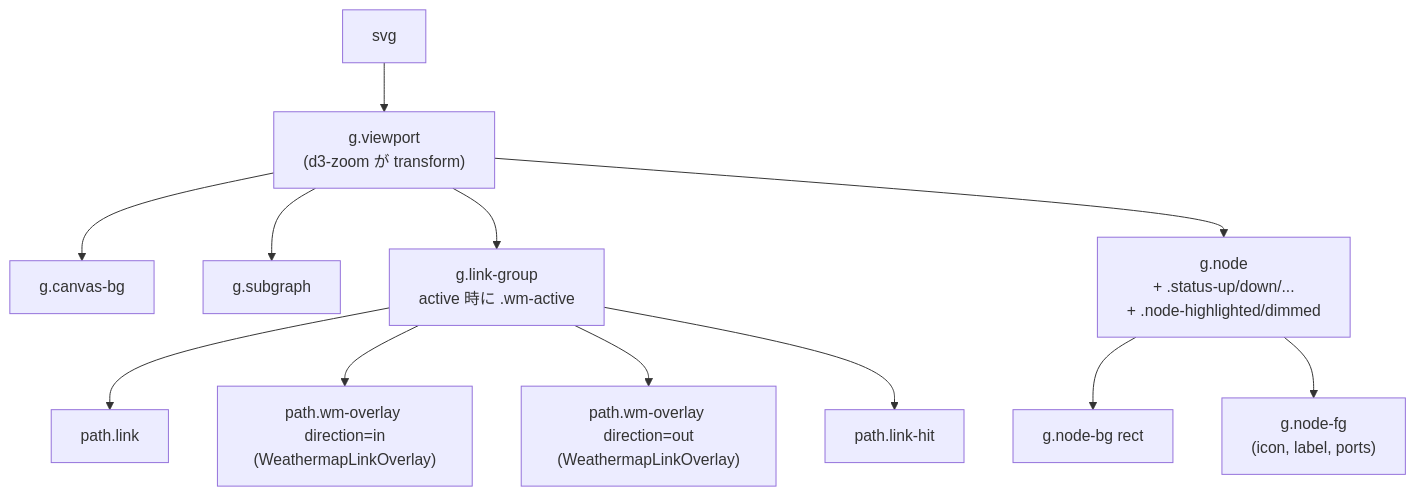
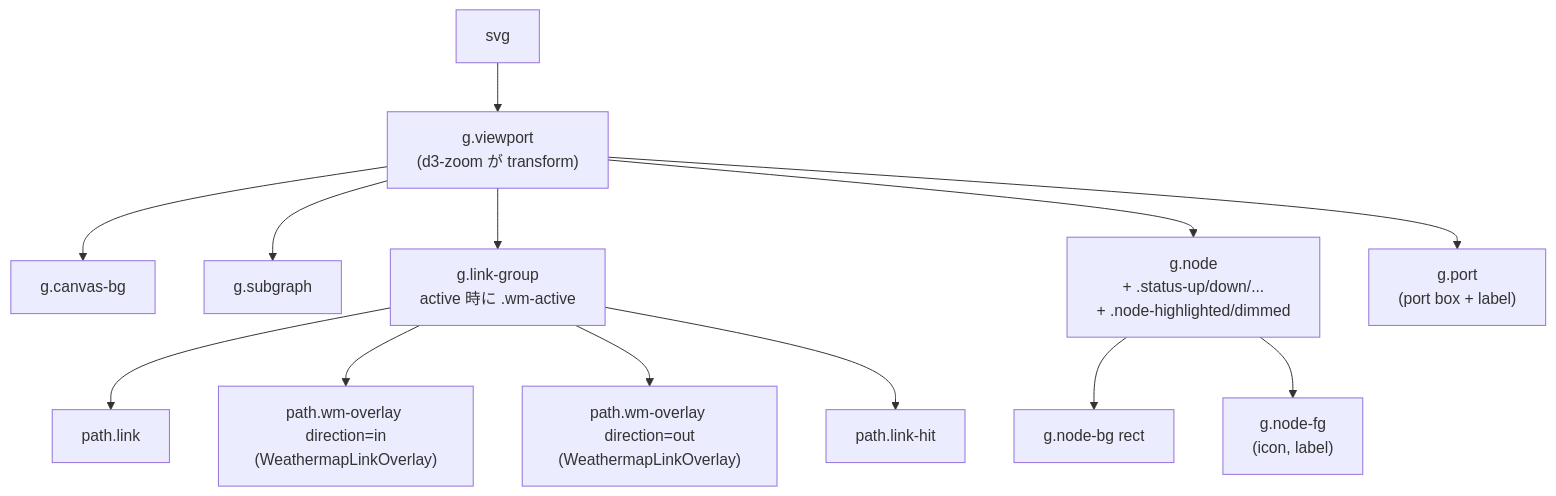
One commit to konoe-akitoshi/shumoku changed the third of 6 diagrams in apps/server/docs/topology-rendering.md. Above: the diagram before and after it, drawn with Mermaid. The commit also changed other lines of this file, not shown here.

Commit message:
docs: correct topology DOM ordering

````diff
--- a/apps/server/docs/topology-rendering.md
+++ b/apps/server/docs/topology-rendering.md
@@ -207,27 +207,29 @@
 ```mermaid
 flowchart TD
   SVG["svg"]
   VP["g.viewport<br/>(d3-zoom が transform)"]
   CBG["g.canvas-bg"]
   SGS["g.subgraph"]
   LG["g.link-group<br/>active 時に .wm-active"]
   LK["path.link"]
   WMI["path.wm-overlay direction=in<br/>(WeathermapLinkOverlay)"]
   WMO["path.wm-overlay direction=out<br/>(WeathermapLinkOverlay)"]
   LH["path.link-hit"]
   N["g.node<br/>+ .status-up/down/...<br/>+ .node-highlighted/dimmed"]
   NB["g.node-bg rect"]
-  NF["g.node-fg<br/>(icon, label, ports)"]
+  NF["g.node-fg<br/>(icon, label)"]
+  P["g.port<br/>(port box + label)"]
 
   SVG --> VP
   VP --> CBG
   VP --> SGS
   VP --> LG
   LG --> LK
   LG --> WMI
   LG --> WMO
   LG --> LH
   VP --> N
   N --> NB
   N --> NF
+  VP --> P
 ```
````
